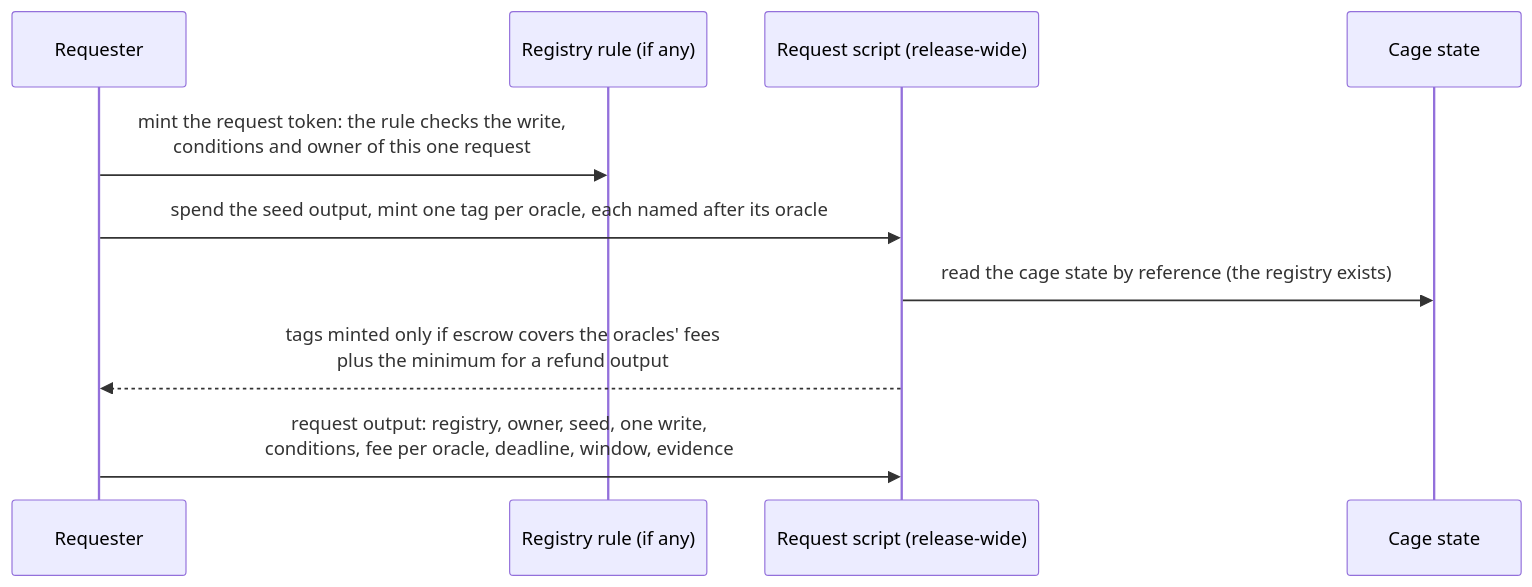
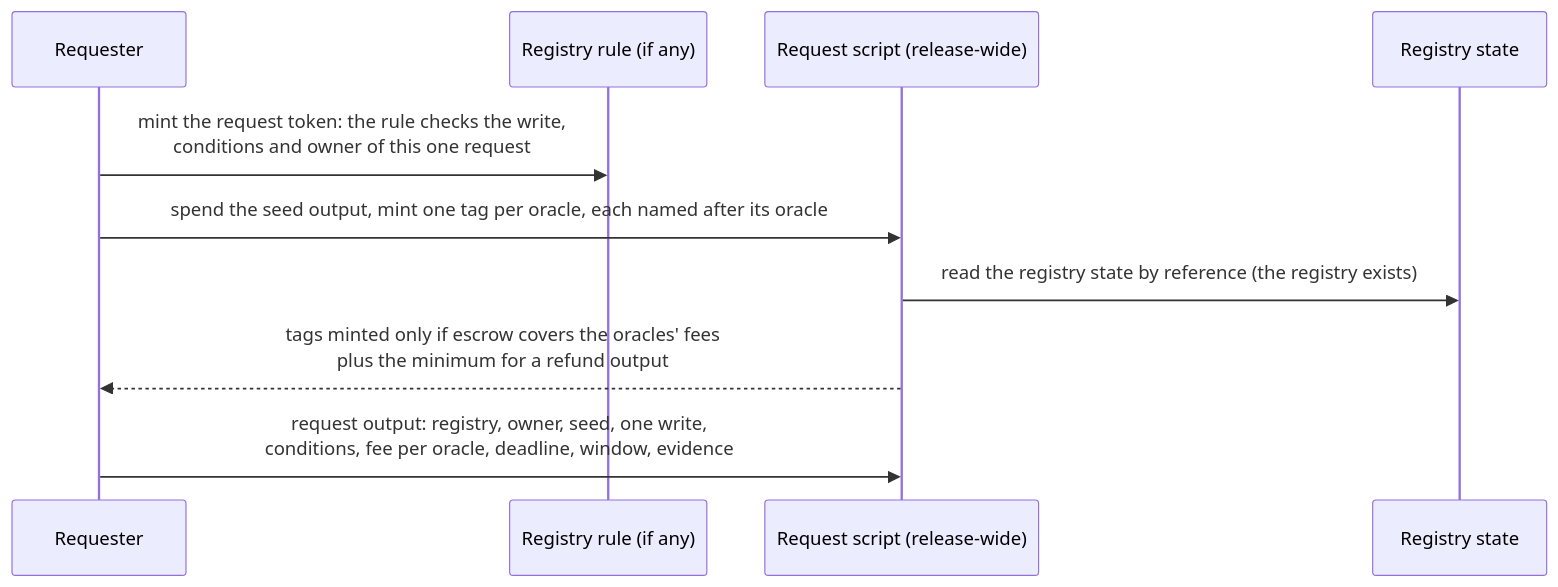
One commit to cardano-foundation/cardano-mpfs-onchain changed the third of 7 diagrams in docs/design/registries/lifecycle.md. Above: the diagram before and after it, drawn with Mermaid. The commit also changed other lines of this file and 8 other files, not shown here.

Commit message:
docs: call the on-chain output the registry state, not the cage

````diff
--- a/docs/design/registries/lifecycle.md
+++ b/docs/design/registries/lifecycle.md
@@ -58,12 +58,12 @@
 ```mermaid
 sequenceDiagram
   participant R as Requester
   participant G as Registry rule (if any)
   participant P as Request script (release-wide)
-  participant C as Cage state
+  participant C as Registry state
   R->>G: mint the request token: the rule checks the write,<br/>conditions and owner of this one request
   R->>P: spend the seed output, mint one tag per oracle, each named after its oracle
-  P->>C: read the cage state by reference (the registry exists)
+  P->>C: read the registry state by reference (the registry exists)
   P-->>R: tags minted only if escrow covers the oracles' fees<br/>plus the minimum for a refund output
   R->>P: request output: registry, owner, seed, one write,<br/>conditions, fee per oracle, deadline, window, evidence
 ```
````
